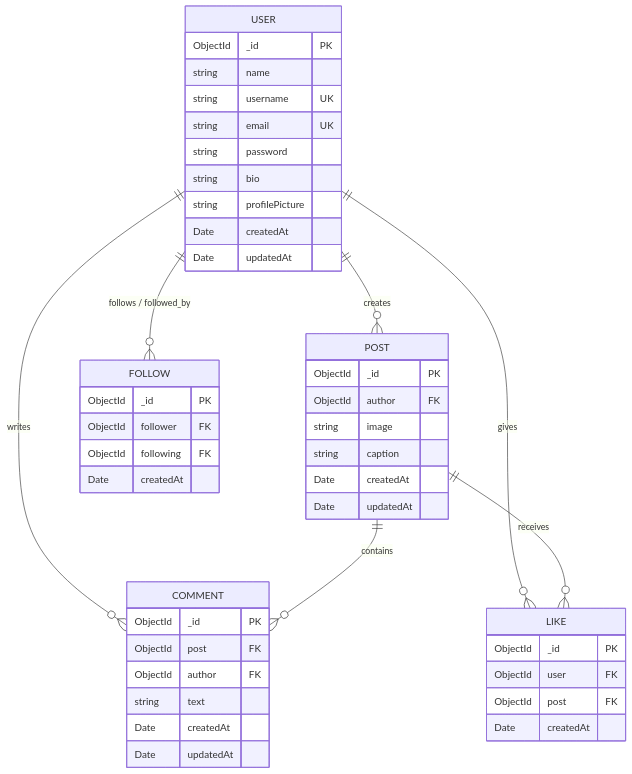
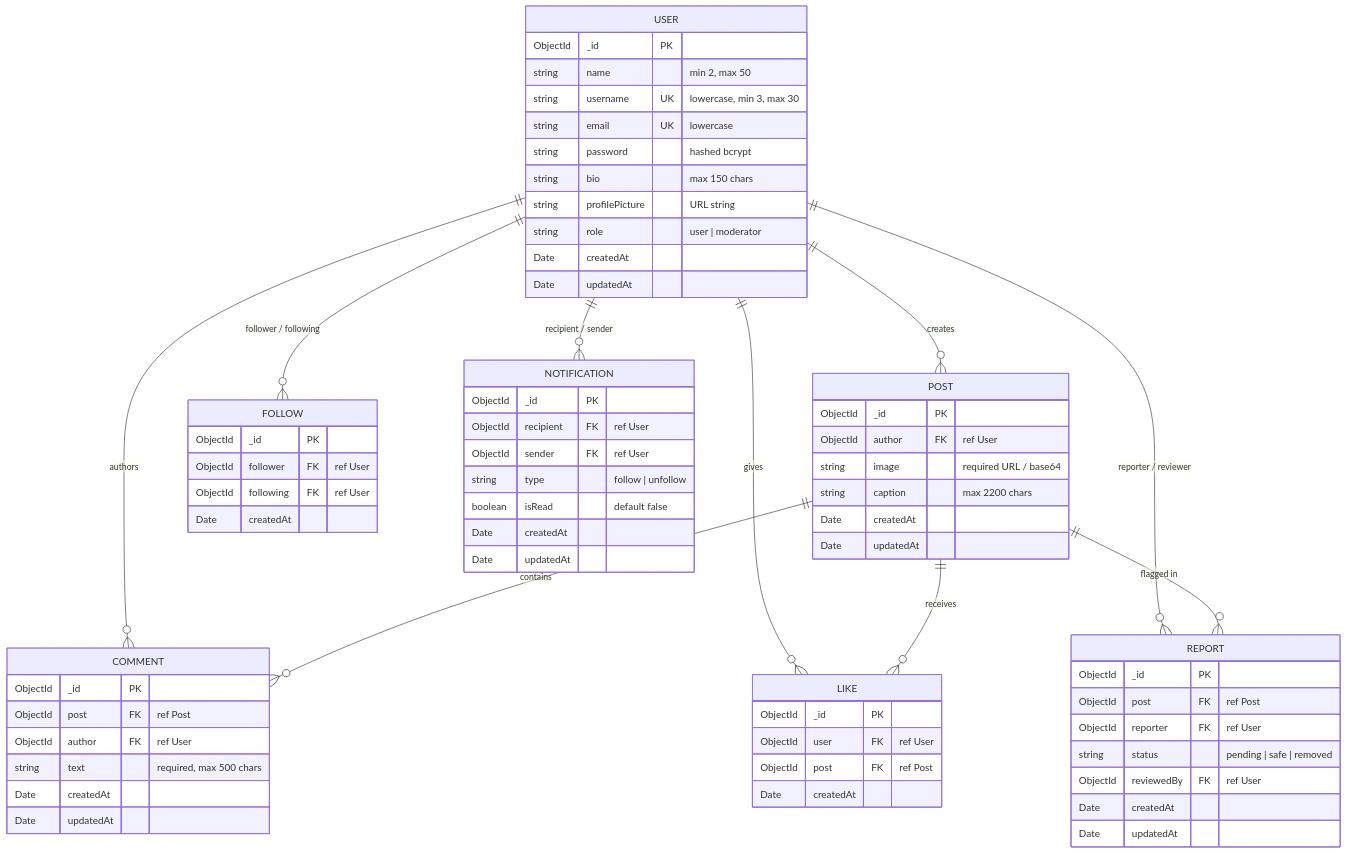
Before and after one commit to namaysingh3925/instagram-lite: the sixth of 6 diagrams in README.md, drawn with Mermaid. The commit also changed other lines of this file, not shown here.

````diff
--- a/README.md
+++ b/README.md
@@ -39,53 +256,77 @@
 ```mermaid
 erDiagram
-    USER ||--o{ POST : creates
-    USER ||--o{ COMMENT : writes
-    USER ||--o{ LIKE : gives
-    USER ||--o{ FOLLOW : "follows / followed_by"
-    POST ||--o{ COMMENT : contains
-    POST ||--o{ LIKE : receives
+    USER ||--o{ POST : "creates"
+    USER ||--o{ COMMENT : "authors"
+    USER ||--o{ LIKE : "gives"
+    USER ||--o{ FOLLOW : "follower / following"
+    USER ||--o{ NOTIFICATION : "recipient / sender"
+    USER ||--o{ REPORT : "reporter / reviewer"
+    POST ||--o{ COMMENT : "contains"
+    POST ||--o{ LIKE : "receives"
+    POST ||--o{ REPORT : "flagged in"
 
     USER {
         ObjectId _id PK
-        string name
-        string username UK
-        string email UK
-        string password
-        string bio
-        string profilePicture
+        string name "min 2, max 50"
+        string username UK "lowercase, min 3, max 30"
+        string email UK "lowercase"
+        string password "hashed bcrypt"
+        string bio "max 150 chars"
+        string profilePicture "URL string"
+        string role "user | moderator"
         Date createdAt
         Date updatedAt
     }
 
     POST {
         ObjectId _id PK
-        ObjectId author FK
-        string image
-        string caption
+        ObjectId author FK "ref User"
+        string image "required URL / base64"
+        string caption "max 2200 chars"
         Date createdAt
         Date updatedAt
     }
 
     COMMENT {
         ObjectId _id PK
-        ObjectId post FK
-        ObjectId author FK
-        string text
+        ObjectId post FK "ref Post"
+        ObjectId author FK "ref User"
+        string text "required, max 500 chars"
         Date createdAt
         Date updatedAt
     }
 
     LIKE {
         ObjectId _id PK
-        ObjectId user FK
-        ObjectId post FK
+        ObjectId user FK "ref User"
+        ObjectId post FK "ref Post"
         Date createdAt
     }
 
     FOLLOW {
         ObjectId _id PK
-        ObjectId follower FK
-        ObjectId following FK
+        ObjectId follower FK "ref User"
+        ObjectId following FK "ref User"
         Date createdAt
     }
+
+    NOTIFICATION {
+        ObjectId _id PK
+        ObjectId recipient FK "ref User"
+        ObjectId sender FK "ref User"
+        string type "follow | unfollow"
+        boolean isRead "default false"
+        Date createdAt
+        Date updatedAt
+    }
+
+    REPORT {
+        ObjectId _id PK
+        ObjectId post FK "ref Post"
+        ObjectId reporter FK "ref User"
+        string status "pending | safe | removed"
+        ObjectId reviewedBy FK "ref User"
+        Date createdAt
+        Date updatedAt
+    }
 ```
````
